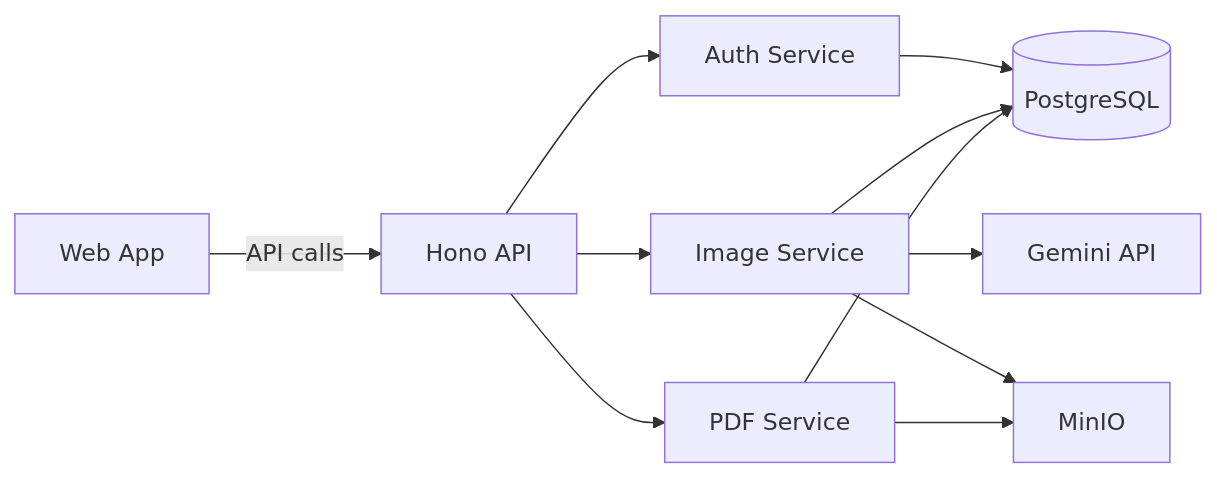
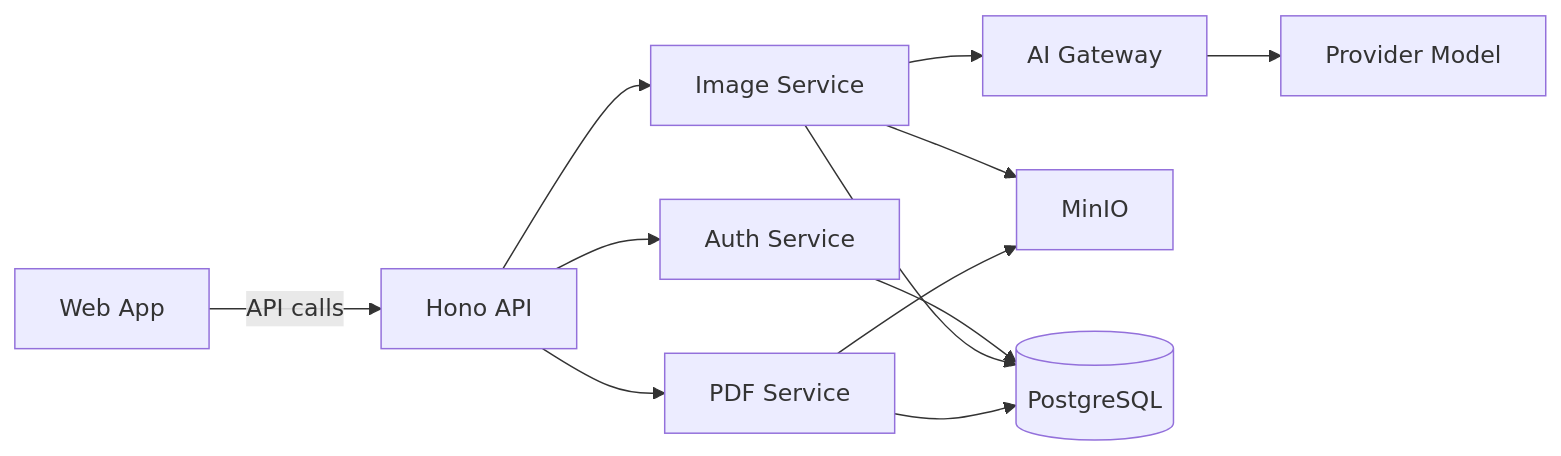
The second of 6 diagrams in docs/architecture.md (ftenorioinkluziva/colorir), drawn with Mermaid before and after one commit. The commit also changed other lines of this file and 7 other files, not shown here.

````diff
--- a/docs/architecture.md
+++ b/docs/architecture.md
@@ -215,13 +219,14 @@
 ```mermaid
 graph LR
     WEB[Web App] -->|API calls| HONO[Hono API]
     HONO --> AUTH[Auth Service]
     HONO --> IMG[Image Service]
     HONO --> PDF[PDF Service]
-    IMG --> GEM[Gemini API]
+    IMG --> GW[AI Gateway]
+    GW --> PROV[Provider Model]
     IMG --> MINIO[MinIO]
     PDF --> MINIO
     AUTH --> PG[(PostgreSQL)]
     IMG --> PG
     PDF --> PG
 ```
````
